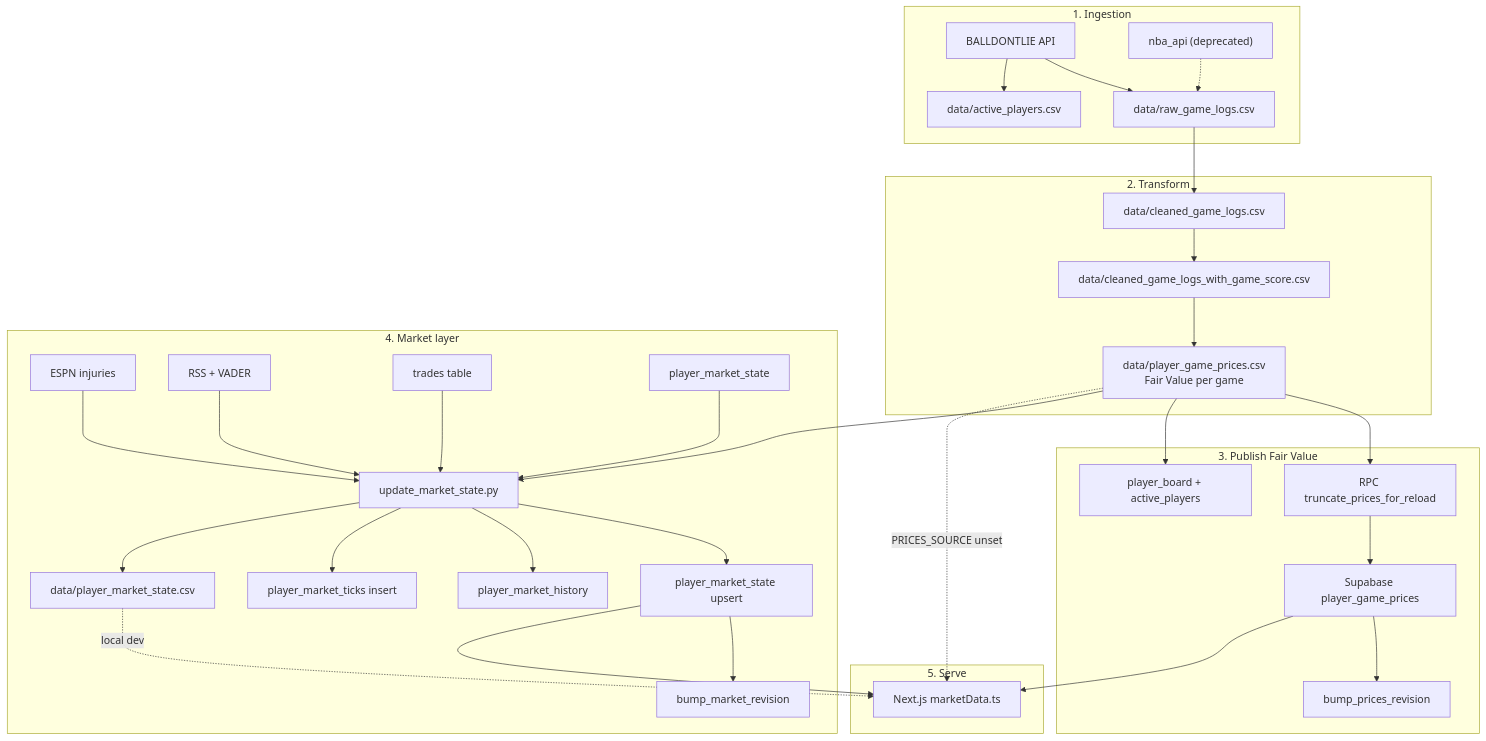
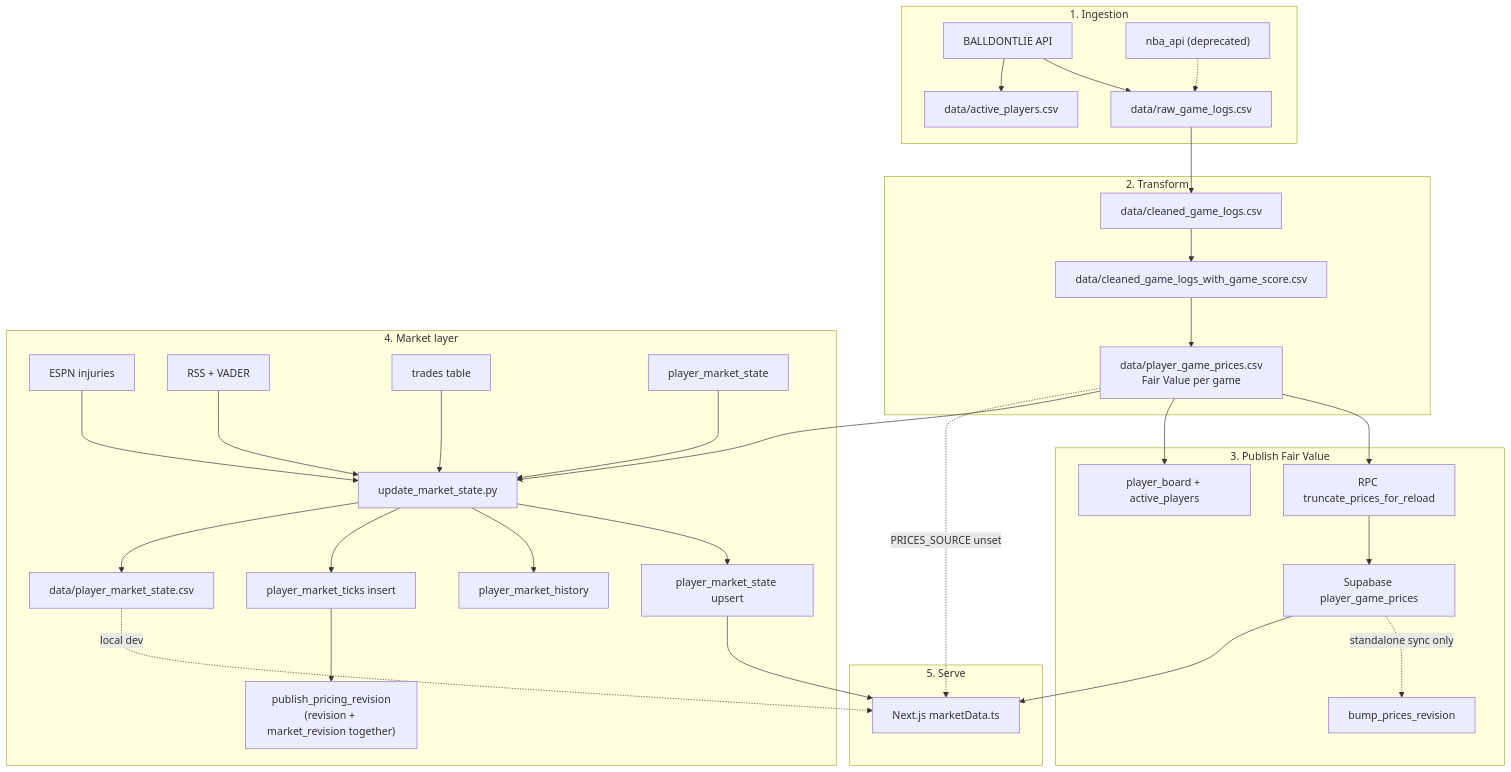
The first of 2 diagrams in docs/DATA_PIPELINE.md (Arya85693/NBA-superstar-prediction), drawn with Mermaid before and after one commit. The commit also changed other lines of this file and 35 other files, not shown here.

````diff
--- a/docs/DATA_PIPELINE.md
+++ b/docs/DATA_PIPELINE.md
@@ -9,43 +9,43 @@
 ```mermaid
 flowchart TD
   subgraph Ingest["1. Ingestion"]
     BDL_API["BALLDONTLIE API"]
     NBA_API["nba_api (deprecated)"]
     BDL_API --> RAW["data/raw_game_logs.csv"]
     NBA_API -.-> RAW
     BDL_API --> ACTIVE["data/active_players.csv"]
   end
 
   subgraph Transform["2. Transform"]
     RAW --> CLEAN["data/cleaned_game_logs.csv"]
     CLEAN --> GS["data/cleaned_game_logs_with_game_score.csv"]
     GS --> FV_CSV["data/player_game_prices.csv<br/>Fair Value per game"]
   end
 
   subgraph PublishFV["3. Publish Fair Value"]
     FV_CSV --> TRUNC["RPC truncate_prices_for_reload"]
     TRUNC --> PG_PGP["Supabase player_game_prices"]
     FV_CSV --> PG_BOARD["player_board + active_players"]
-    PG_PGP --> BUMP1["bump_prices_revision"]
+    PG_PGP -.->|"standalone sync only"| BUMP1["bump_prices_revision"]
   end
 
   subgraph Market["4. Market layer"]
     FV_CSV --> UMS["update_market_state.py"]
     ESPN["ESPN injuries"] --> UMS
     NEWS["RSS + VADER"] --> UMS
     PG_TRADES["trades table"] --> UMS
     PG_PREV["player_market_state"] --> UMS
     UMS --> PG_STATE["player_market_state upsert"]
     UMS --> PG_HIST["player_market_history"]
     UMS --> PG_TICK["player_market_ticks insert"]
     UMS --> MKT_CSV["data/player_market_state.csv"]
-    PG_STATE --> BUMP2["bump_market_revision"]
+    PG_TICK --> BUMP2["publish_pricing_revision<br/>(revision + market_revision together)"]
   end
 
   subgraph Serve["5. Serve"]
     PG_PGP --> WEB["Next.js marketData.ts"]
     PG_STATE --> WEB
     FV_CSV -.->|"PRICES_SOURCE unset"| WEB
     MKT_CSV -.->|"local dev"| WEB
   end
 ```
````
